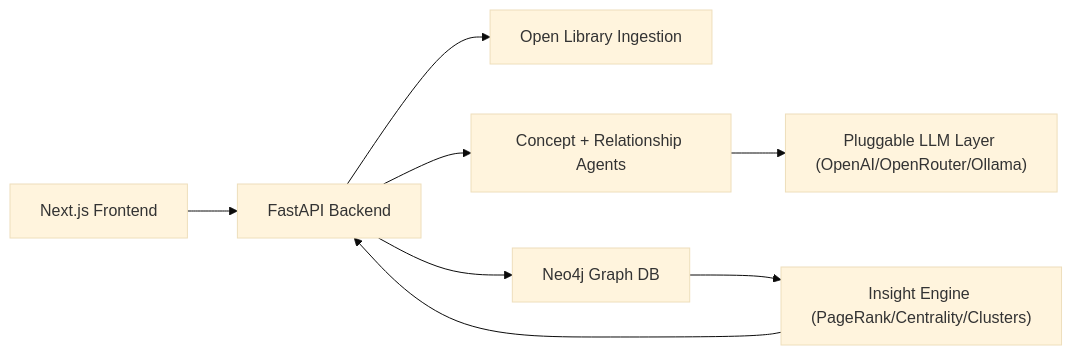
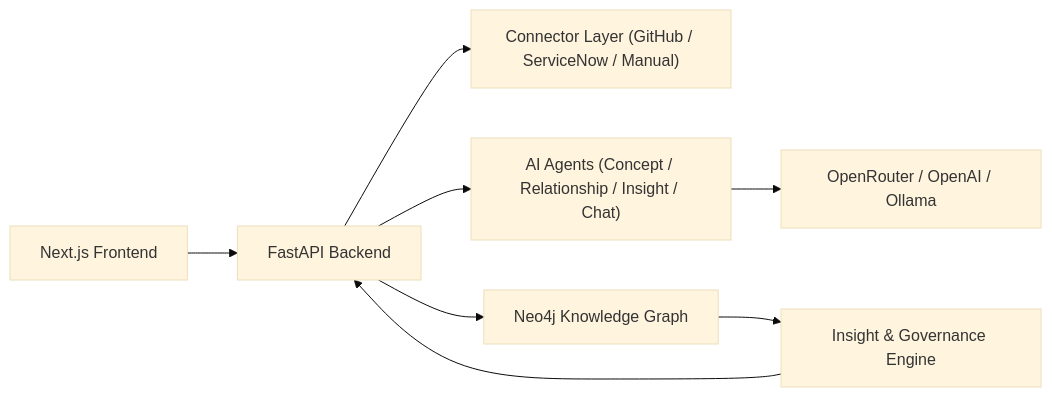
One commit to sumant1122/prism changed the diagram in README.md. Above: the diagram before and after it, drawn with Mermaid (base theme). The commit also changed other lines of this file and 10 other files, not shown here.

Commit message:
Refactor project from BookGraph to Prism: update README, API routes, schemas, and frontend components for enterprise resource ingestion; implement EnterpriseService and connectors for GitHub and ServiceNow integration.

````diff
--- a/README.md
+++ b/README.md
@@ -38,10 +22,10 @@
 ```mermaid
 flowchart LR
     UI["Next.js Frontend"] --> API["FastAPI Backend"]
-    API --> ING["Open Library Ingestion"]
-    API --> AGENTS["Concept + Relationship Agents"]
-    AGENTS --> LLM["Pluggable LLM Layer (OpenAI/OpenRouter/Ollama)"]
-    API --> NEO["Neo4j Graph DB"]
-    NEO --> INS["Insight Engine (PageRank/Centrality/Clusters)"]
+    API --> CONN["Connector Layer (GitHub / ServiceNow / Manual)"]
+    API --> AGENTS["AI Agents (Concept / Relationship / Insight / Chat)"]
+    AGENTS --> LLM["OpenRouter / OpenAI / Ollama"]
+    API --> NEO["Neo4j Knowledge Graph"]
+    NEO --> INS["Insight & Governance Engine"]
     INS --> API
 ```
````
